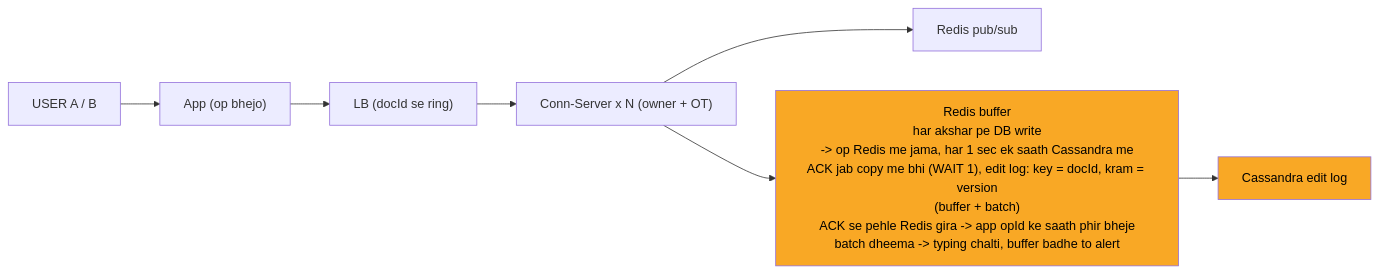
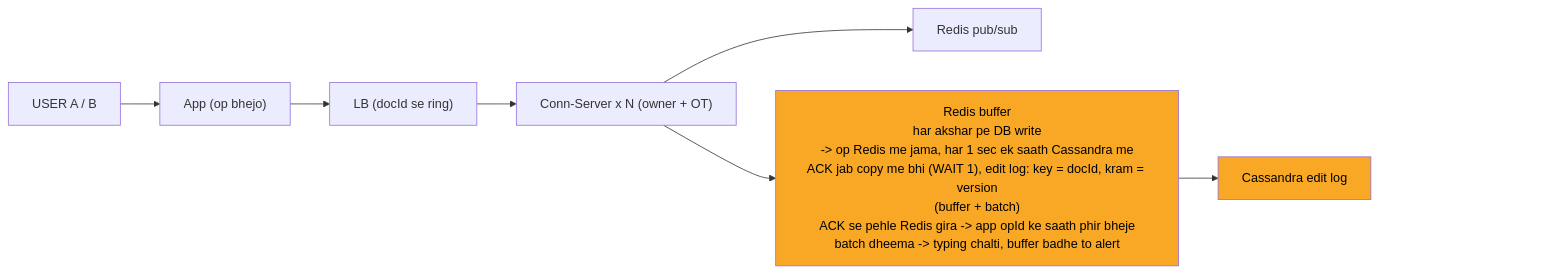
Before and after one commit to ArpanMaheshwari144/Prep: the seventh of 10 diagrams in 04_HLD/SYSTEM_DESIGNS/11_google_docs_collab/11_google_docs_collab.md, drawn with Mermaid. The commit also changed other lines of this file and 13 other files, not shown here.

Commit message:
hld 14 file: har diagram ke daayein andekha dabba, zoom button asli dabbe pe na aaye

````diff
--- a/04_HLD/SYSTEM_DESIGNS/11_google_docs_collab/11_google_docs_collab.md
+++ b/04_HLD/SYSTEM_DESIGNS/11_google_docs_collab/11_google_docs_collab.md
@@ -258,19 +276,22 @@
 ```mermaid
 %%{init: {"flowchart": {"wrappingWidth": 450}}}%%
 flowchart LR
     n_USER["USER A / B"]
     n_App["App (op bhejo)"]
     n_LB["LB (docId se ring)"]
     n_Conn_Server_xN["Conn-Server x N (owner + OT)"]
     n_PS["Redis pub/sub"]
     n_BUF["Redis buffer<br/>har akshar pe DB write<br/>-> op Redis me jama, har 1 sec ek saath Cassandra me<br/>ACK jab copy me bhi (WAIT 1), edit log: key = docId, kram = version<br/>(buffer + batch)<br/>ACK se pehle Redis gira -> app opId ke saath phir bheje<br/>batch dheema -> typing chalti, buffer badhe to alert"]
     n_CAS["Cassandra edit log"]
     n_USER --> n_App
     n_App --> n_LB
     n_LB --> n_Conn_Server_xN
     n_Conn_Server_xN --> n_PS
     n_Conn_Server_xN --> n_BUF
     n_BUF --> n_CAS
+    n_pad["xxxxxxxxxxxxxxxx"]
+    n_CAS ~~~ n_pad
     style n_BUF fill:#f9a825,color:#000
     style n_CAS fill:#f9a825,color:#000
+    style n_pad fill:none,stroke:none,color:#ffffff00
 ```
````
